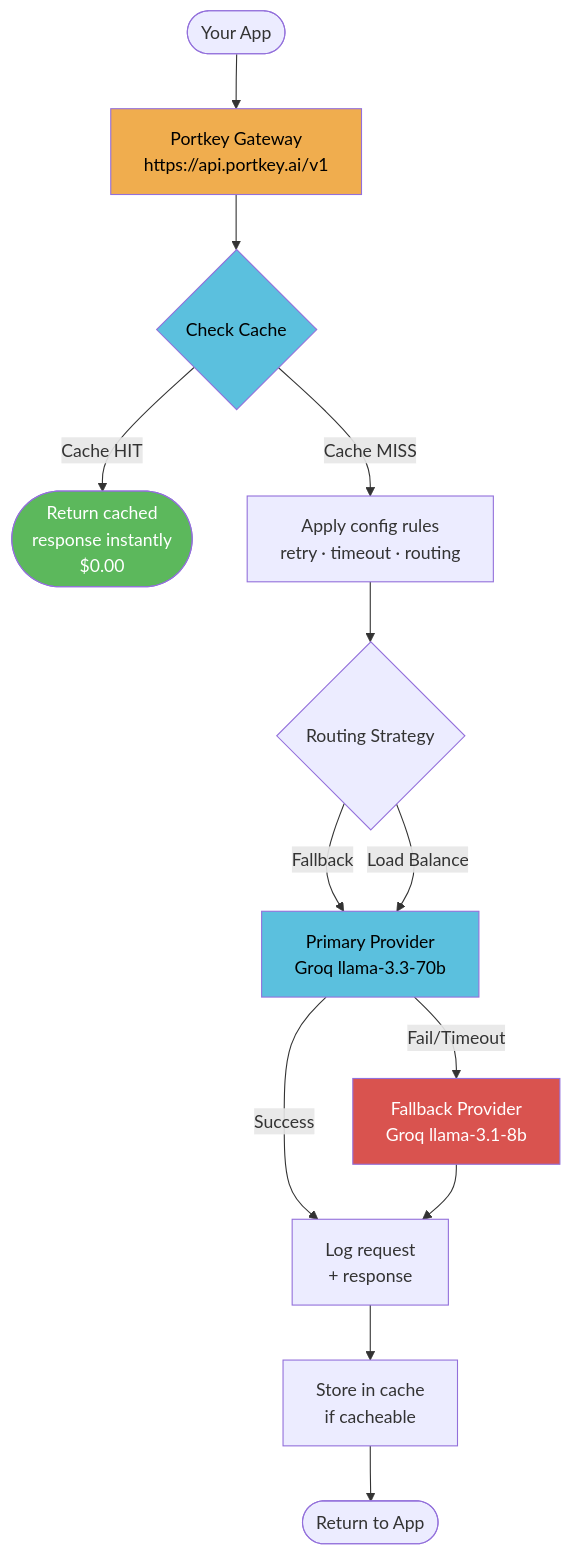
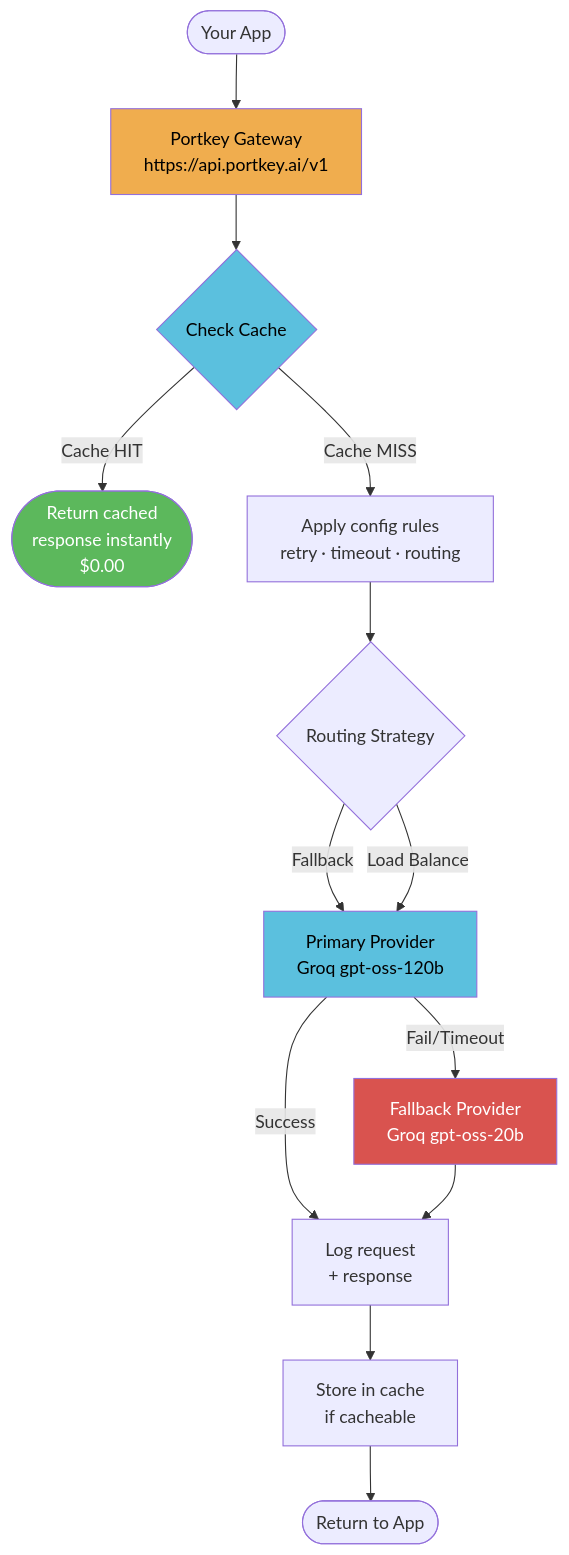
The first of 11 diagrams in DOCS/16_LLM_GATEWAY.md (Ashokultraai/enterprise-rag-with-gcp), drawn with Mermaid before and after one commit. The commit also changed other lines of this file and 3 other files, not shown here.

First line of the commit message:
docs: sweep roadmap docs (15-18) to Groq gpt-oss model names

````diff
--- a/DOCS/16_LLM_GATEWAY.md
+++ b/DOCS/16_LLM_GATEWAY.md
@@ -49,21 +49,21 @@
 ```mermaid
 flowchart TD
     A([Your App]) --> B[Portkey Gateway\nhttps://api.portkey.ai/v1]
     B --> C{Check Cache}
     C -- Cache HIT --> R([Return cached\nresponse instantly\n$0.00])
     C -- Cache MISS --> D[Apply config rules\nretry · timeout · routing]
     D --> E{Routing Strategy}
-    E -- Fallback --> F1[Primary Provider\nGroq llama-3.3-70b]
+    E -- Fallback --> F1[Primary Provider\nGroq gpt-oss-120b]
     E -- Load Balance --> F1
     F1 -- Success --> G[Log request\n+ response]
-    F1 -- Fail/Timeout --> F2[Fallback Provider\nGroq llama-3.1-8b]
+    F1 -- Fail/Timeout --> F2[Fallback Provider\nGroq gpt-oss-20b]
     F2 --> G
     G --> H[Store in cache\nif cacheable]
     H --> R2([Return to App])
 
     style B fill:#f0ad4e,color:#000
     style C fill:#5bc0de,color:#000
     style R fill:#5cb85c,color:#fff
     style F1 fill:#5bc0de,color:#000
     style F2 fill:#d9534f,color:#fff
 ```
````
